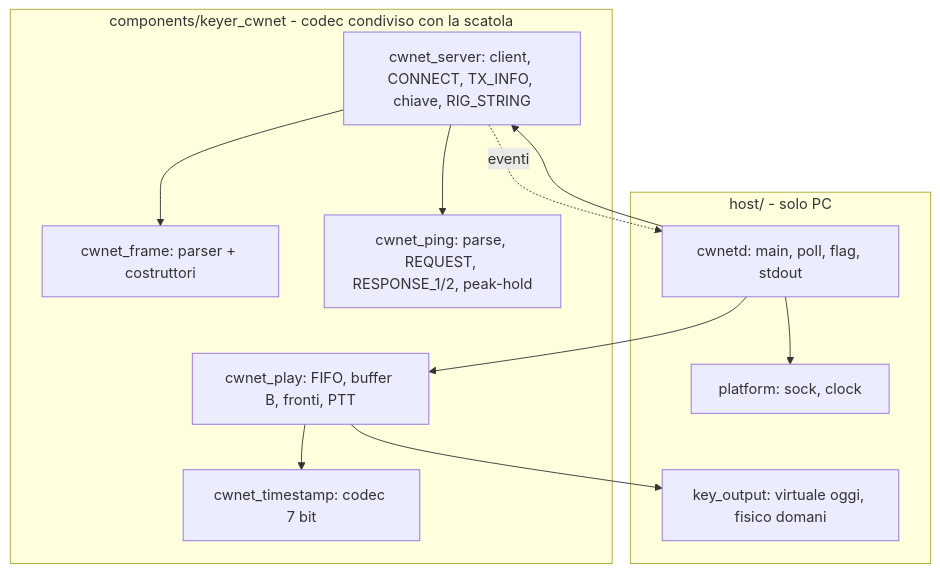
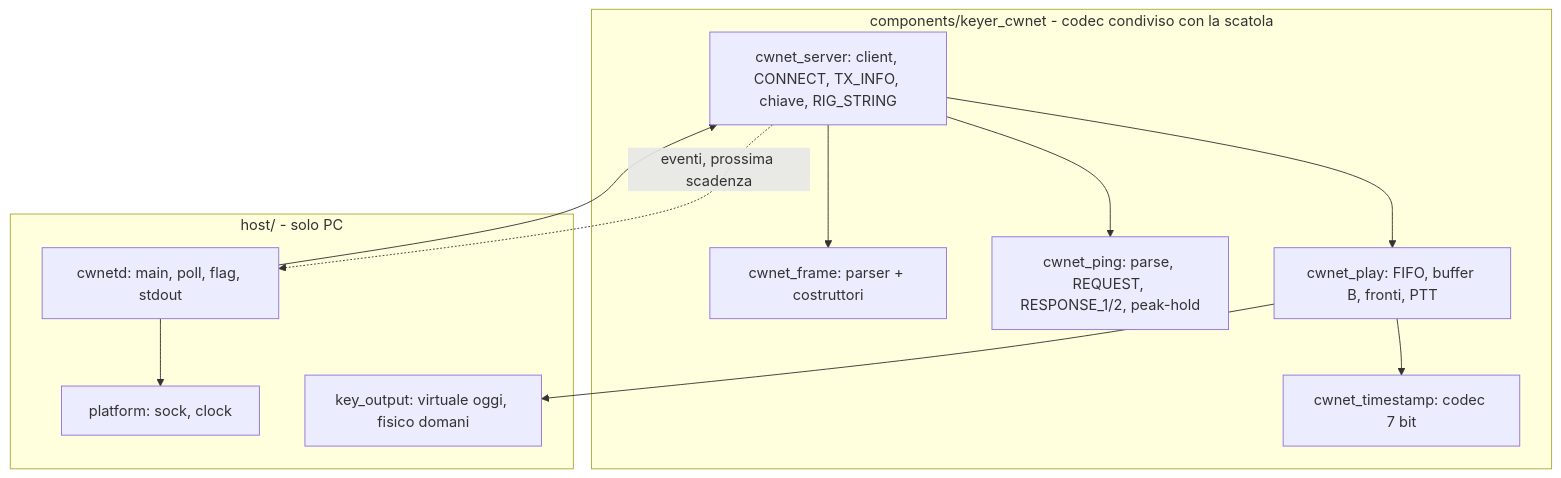
Before and after one commit to iu3qez/RemoteCWKeyer-esp32: the first of 3 diagrams in docs/plans/2026-09-08-2158-feat-station-daemon-plan.md, drawn with Mermaid. The commit also changed other lines of this file, not shown here.

````diff
--- a/docs/plans/2026-09-08-2158-feat-station-daemon-plan.md
+++ b/docs/plans/2026-09-08-2158-feat-station-daemon-plan.md
@@ -169,23 +169,23 @@
 ```mermaid
 flowchart TB
   subgraph keyer_cwnet[components/keyer_cwnet - codec condiviso con la scatola]
     F[cwnet_frame: parser + costruttori]
     P[cwnet_ping: parse, REQUEST, RESPONSE_1/2, peak-hold]
     T[cwnet_timestamp: codec 7 bit]
     S[cwnet_server: client, CONNECT, TX_INFO, chiave, RIG_STRING]
     Y[cwnet_play: FIFO, buffer B, fronti, PTT]
   end
   subgraph host[host/ - solo PC]
     PL[platform: sock, clock]
     D[cwnetd: main, poll, flag, stdout]
     O[key_output: virtuale oggi, fisico domani]
   end
   D --> PL
   D --> S
-  D --> Y
+  S --> Y
   Y --> O
   S --> F
   S --> P
   Y --> T
-  S -. eventi .-> D
+  S -. eventi, prossima scadenza .-> D
 ```
````
